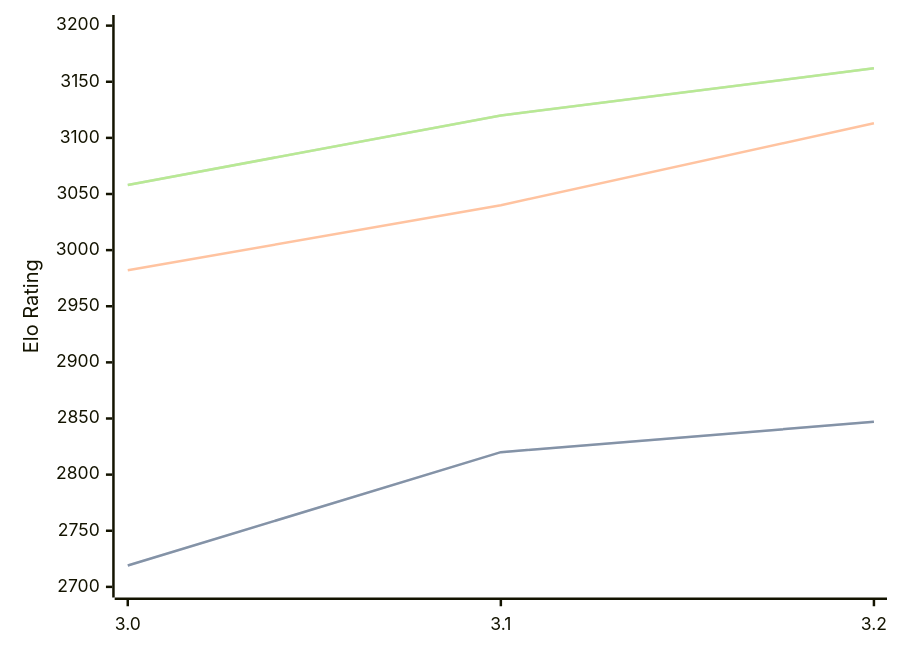
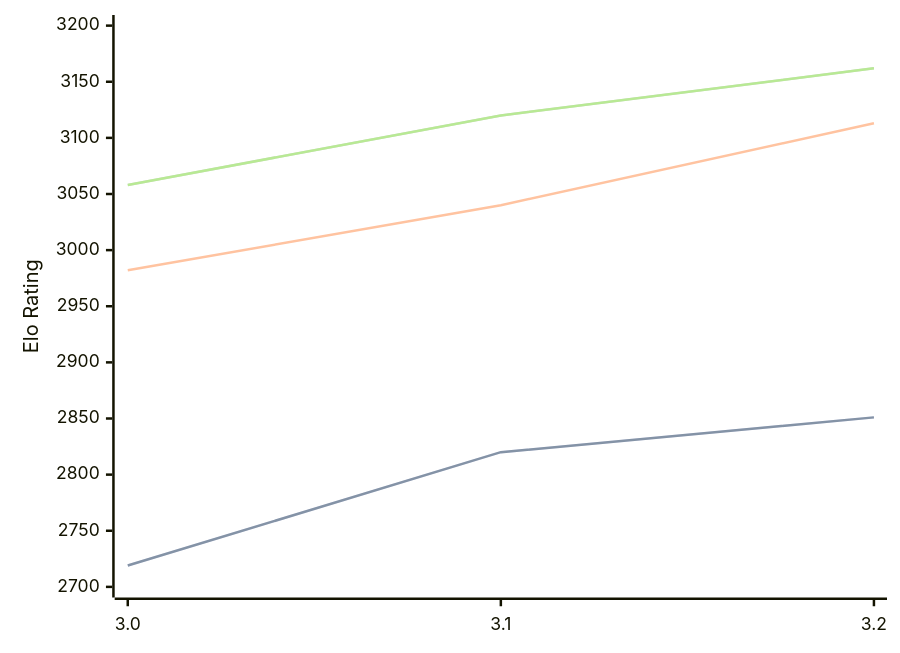
Before and after one commit to computer-chess-index/cci: the diagram in engines/Vajolet2.md, drawn with Mermaid. The commit also changed other lines of this file, not shown here.

````diff
--- a/engines/Vajolet2.md
+++ b/engines/Vajolet2.md
@@ -41,11 +41,11 @@
 ```mermaid
 %%{init: {"theme":"base","themeVariables":{"seriesColors:['#a3a3a3','#222221','#faa371']}}}%%
 xychart-beta
   x-axis ["3.0", "3.1", "3.2"]
   y-axis "Elo Rating" 2700 --> 3200
-  line "STC (8.0+0.08s)" [2719, 2820, 2847]
-  line "STC (8.0+0.08s)" [2719, 2820, 2847]
+  line "STC (8.0+0.08s)" [2719, 2820, 2851]
+  line "STC (8.0+0.08s)" [2719, 2820, 2851]
   line "LTC (60.0+0.60s)" [2982, 3040, 3113]
   line "VLTC (2m24s+1.12s)" [3058, 3120, 3162]
   line "VLTC (2m24s+1.12s)" [3058, 3120, 3162]
 ```
````
